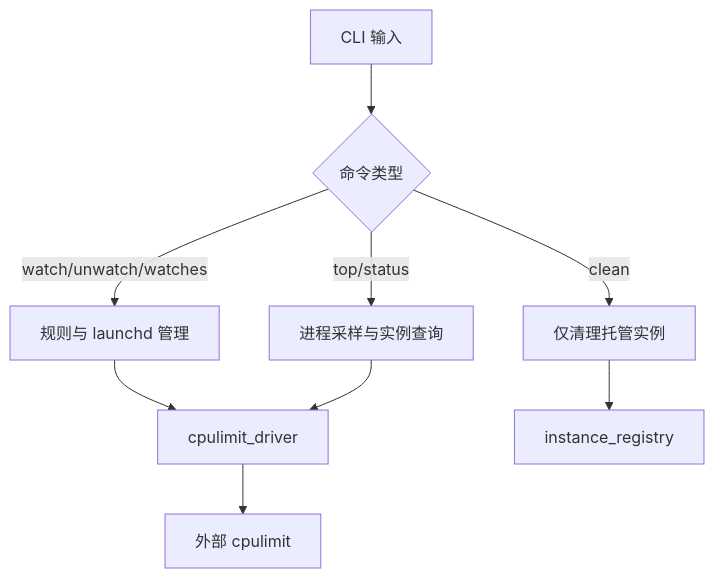
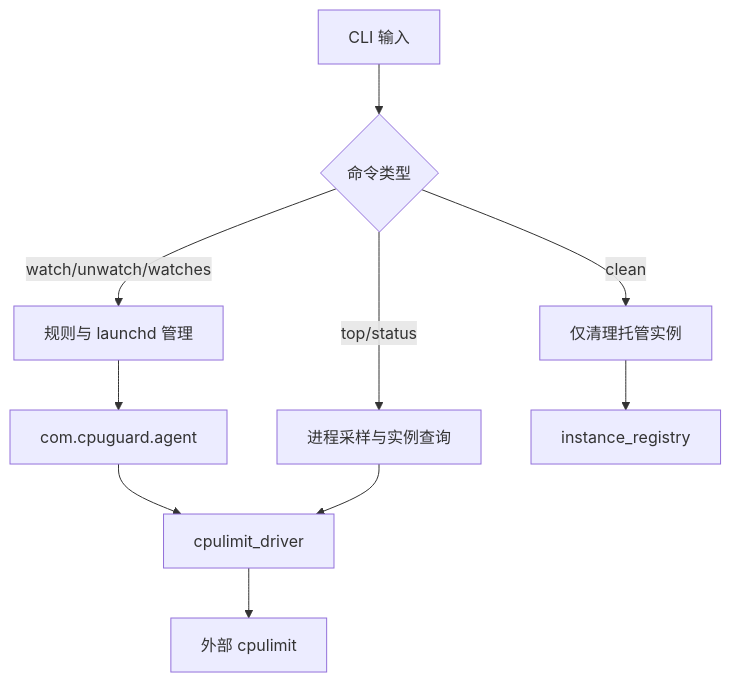
Before and after one commit to hxy91819/cpuguard: the diagram in README.md, drawn with Mermaid. The commit also changed other lines of this file and 21 other files, not shown here.

````diff
--- a/README.md
+++ b/README.md
@@ -135,11 +167,12 @@
 ```mermaid
 flowchart TD
     A[CLI 输入] --> B{命令类型}
     B -->|watch/unwatch/watches| C[规则与 launchd 管理]
     B -->|top/status| D[进程采样与实例查询]
     B -->|clean| E[仅清理托管实例]
-    C --> F[cpulimit_driver]
+    C --> I[com.cpuguard.agent]
+    I --> F[cpulimit_driver]
     D --> F
     E --> G[instance_registry]
     F --> H[外部 cpulimit]
 ```
````
